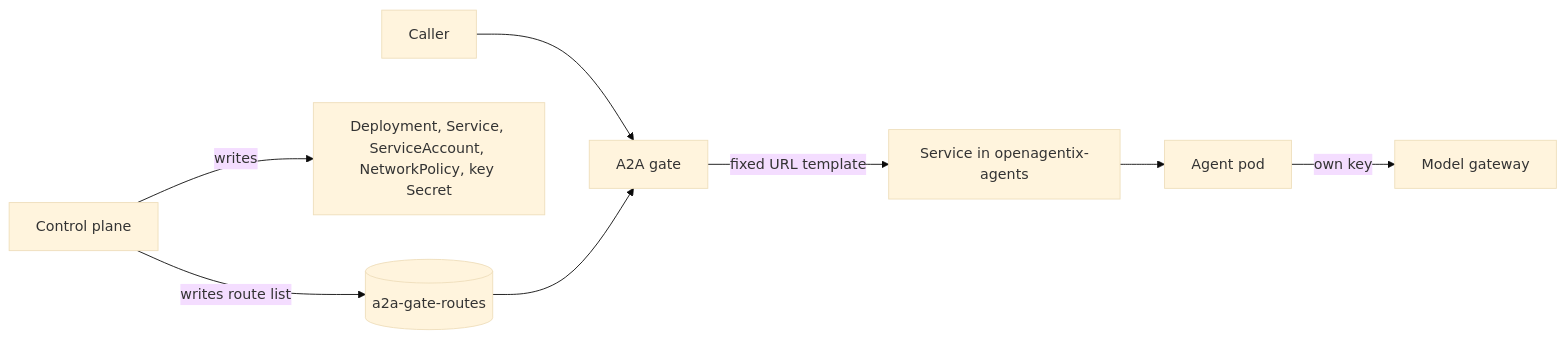
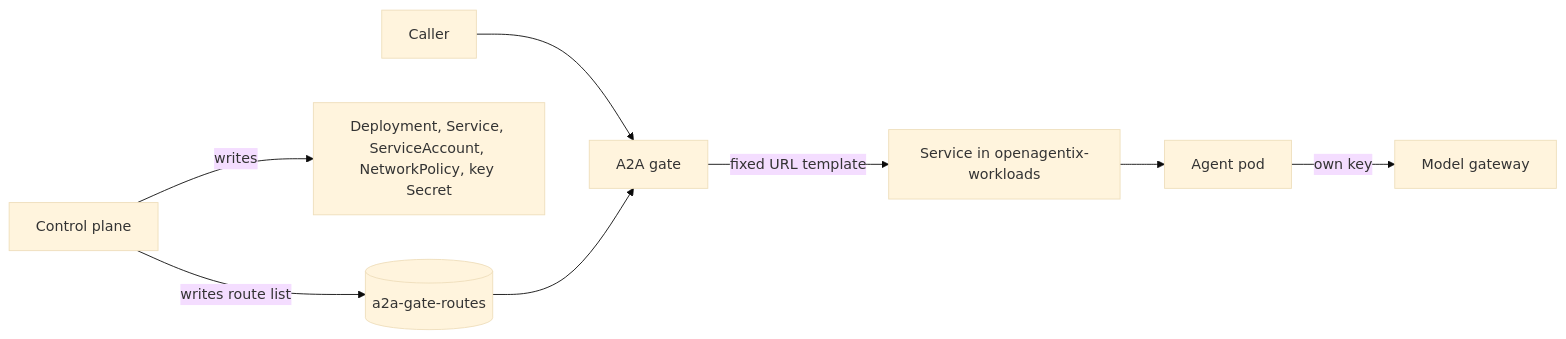
One commit to openagentix/openagentix changed the diagram in docs/diary/features/bring-your-own-agent.md. Above: the diagram before and after it, drawn with Mermaid (base theme). The commit also changed other lines of this file and 4 other files, not shown here.

````diff
--- a/docs/diary/features/bring-your-own-agent.md
+++ b/docs/diary/features/bring-your-own-agent.md
@@ -15,10 +15,10 @@
 ```mermaid
 flowchart LR
   U[Caller] --> G[A2A gate]
-  G -->|fixed URL template| S[Service in openagentix-agents]
+  G -->|fixed URL template| S[Service in openagentix-workloads]
   S --> P[Agent pod]
   P -->|own key| M[Model gateway]
   C[Control plane] -->|writes| D[Deployment, Service, ServiceAccount, NetworkPolicy, key Secret]
   C -->|writes route list| R[(a2a-gate-routes)]
   R --> G
 ```
````
